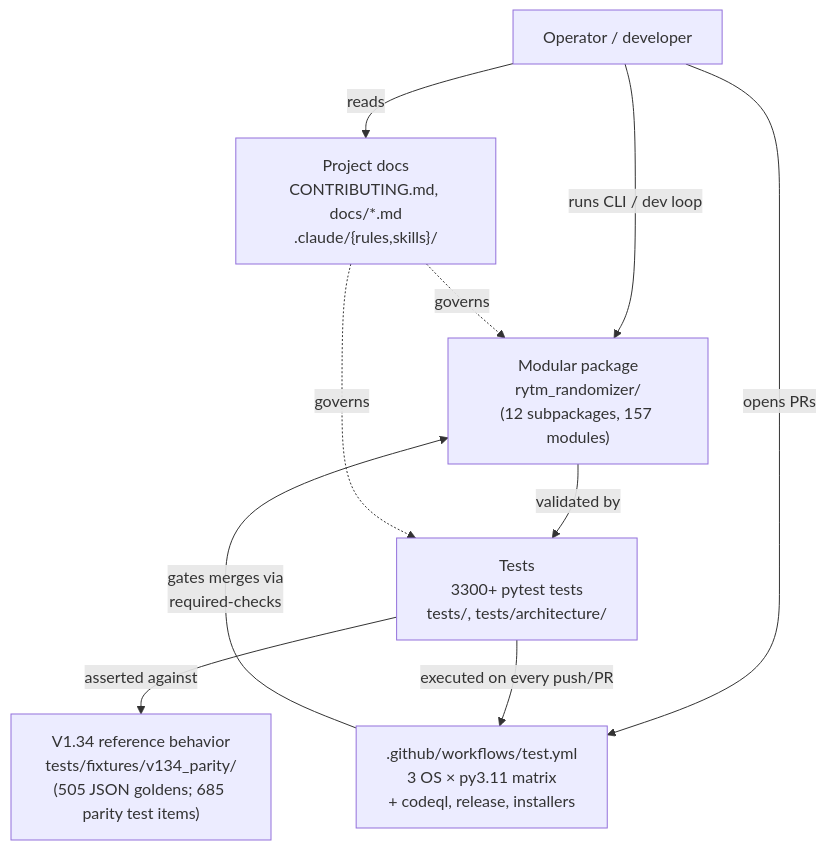
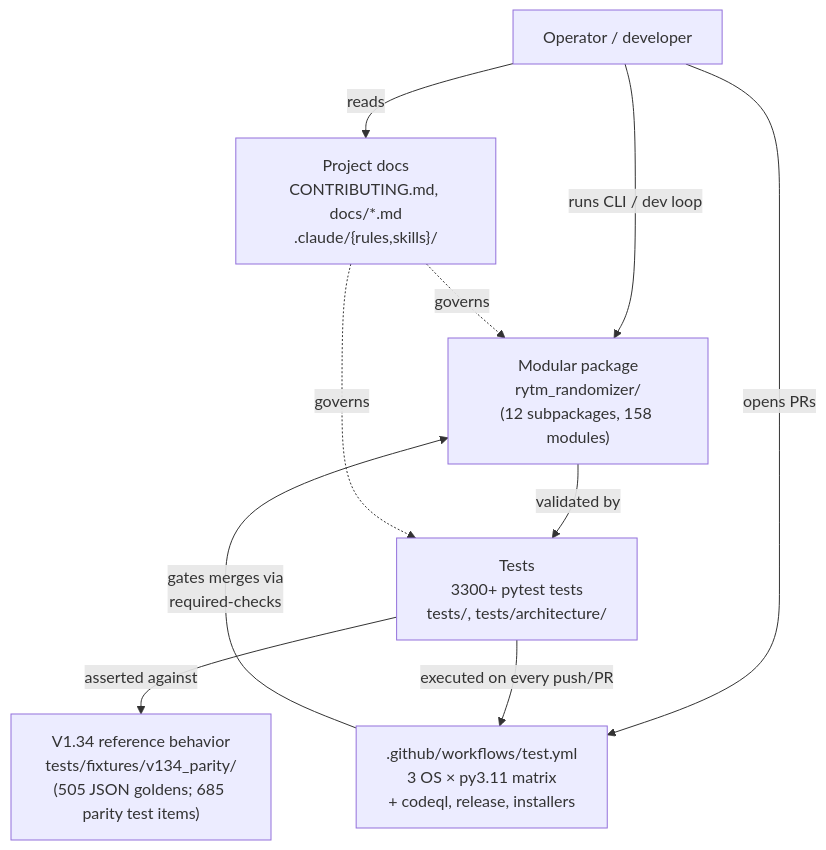
One commit to buzzijose-hub/RytmRandomizer changed the first of 26 diagrams in docs/ARCHITECTURE_DIAGRAMS.md. Above: the diagram before and after it, drawn with Mermaid. The commit also changed other lines of this file and 15 other files, not shown here.

````diff
--- a/docs/ARCHITECTURE_DIAGRAMS.md
+++ b/docs/ARCHITECTURE_DIAGRAMS.md
@@ -47,22 +47,22 @@
 ```mermaid
 flowchart TB
     User["Operator / developer"]
     V134["V1.34 reference behavior<br/>tests/fixtures/v134_parity/<br/>(505 JSON goldens; 685 parity test items)"]
-    Package["Modular package<br/>rytm_randomizer/<br/>(12 subpackages, 157 modules)"]
+    Package["Modular package<br/>rytm_randomizer/<br/>(12 subpackages, 158 modules)"]
     Tests["Tests<br/>3300+ pytest tests<br/>tests/, tests/architecture/"]
     CI[".github/workflows/test.yml<br/>3 OS × py3.11 matrix<br/>+ codeql, release, installers"]
     Docs["Project docs<br/>CONTRIBUTING.md, docs/*.md<br/>.claude/{rules,skills}/"]
 
     User -->|"runs CLI / dev loop"| Package
     User -->|"opens PRs"| CI
     User -->|"reads"| Docs
 
     Package -->|"validated by"| Tests
     Tests -->|"asserted against"| V134
     Tests -->|"executed on every push/PR"| CI
 
     CI -->|"gates merges via<br/>required-checks"| Package
 
     Docs -.->|"governs"| Package
     Docs -.->|"governs"| Tests
 ```
````
